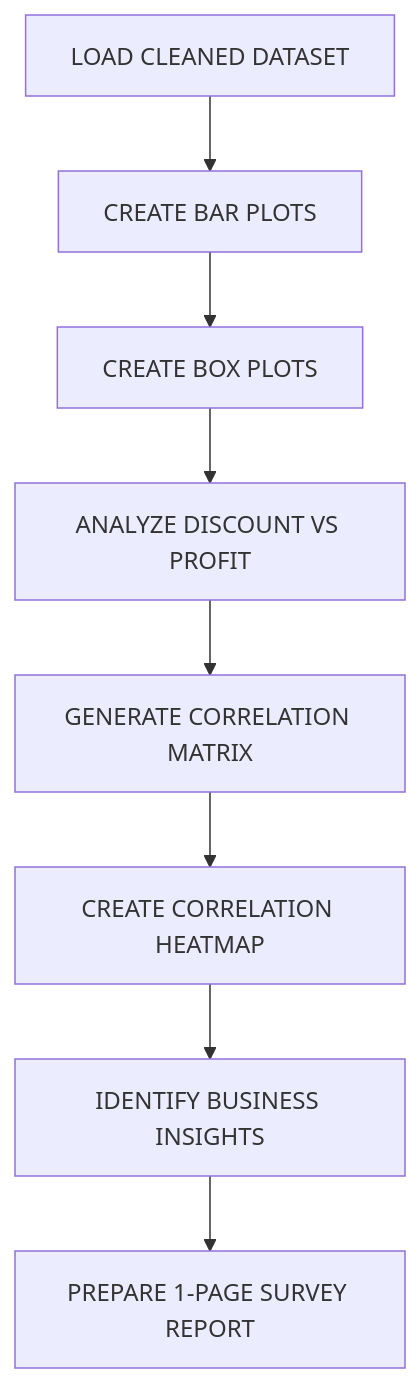
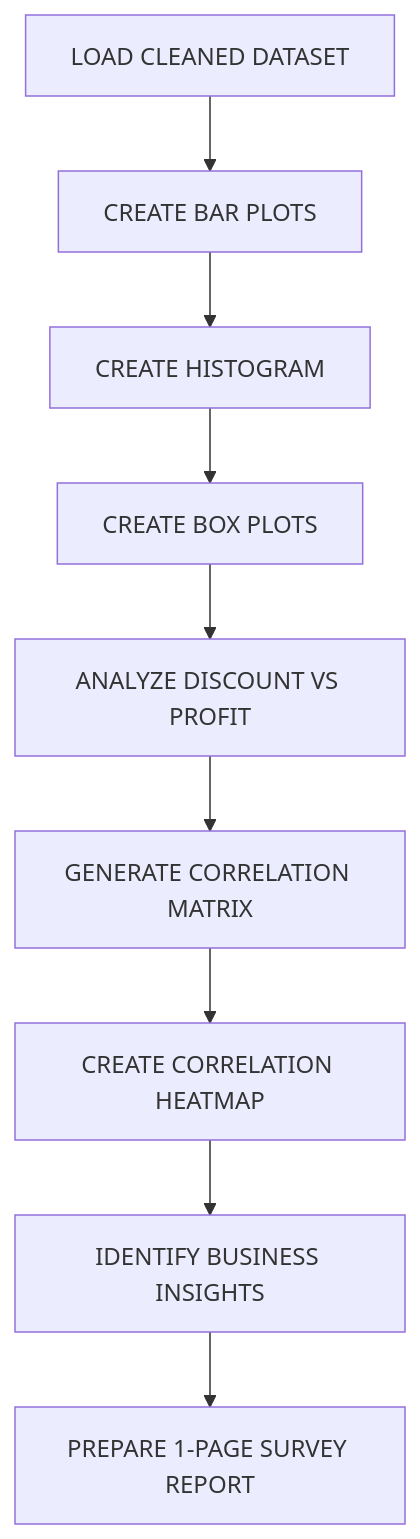
One commit to yuvasrisathishkumar7-hue/DV_SKILL changed the diagram in README.md. Above: the diagram before and after it, drawn with Mermaid. The commit also changed other lines of this file, not shown here.

````diff
--- a/README.md
+++ b/README.md
@@ -45,10 +46,11 @@
 ```mermaid
 flowchart TD
     A[LOAD CLEANED DATASET] --> B[CREATE BAR PLOTS]
-    B --> C[CREATE BOX PLOTS]
-    C --> D[ANALYZE DISCOUNT VS PROFIT]
-    D --> E[GENERATE CORRELATION MATRIX]
-    E --> F[CREATE CORRELATION HEATMAP]
-    F --> G[IDENTIFY BUSINESS INSIGHTS]
-    G --> H[PREPARE 1-PAGE SURVEY REPORT]
+    B --> C[CREATE HISTOGRAM]
+    C --> D[CREATE BOX PLOTS]
+    D --> E[ANALYZE DISCOUNT VS PROFIT]
+    E --> F[GENERATE CORRELATION MATRIX]
+    F --> G[CREATE CORRELATION HEATMAP]
+    G --> H[IDENTIFY BUSINESS INSIGHTS]
+    H --> I[PREPARE 1-PAGE SURVEY REPORT]
 ```
````
